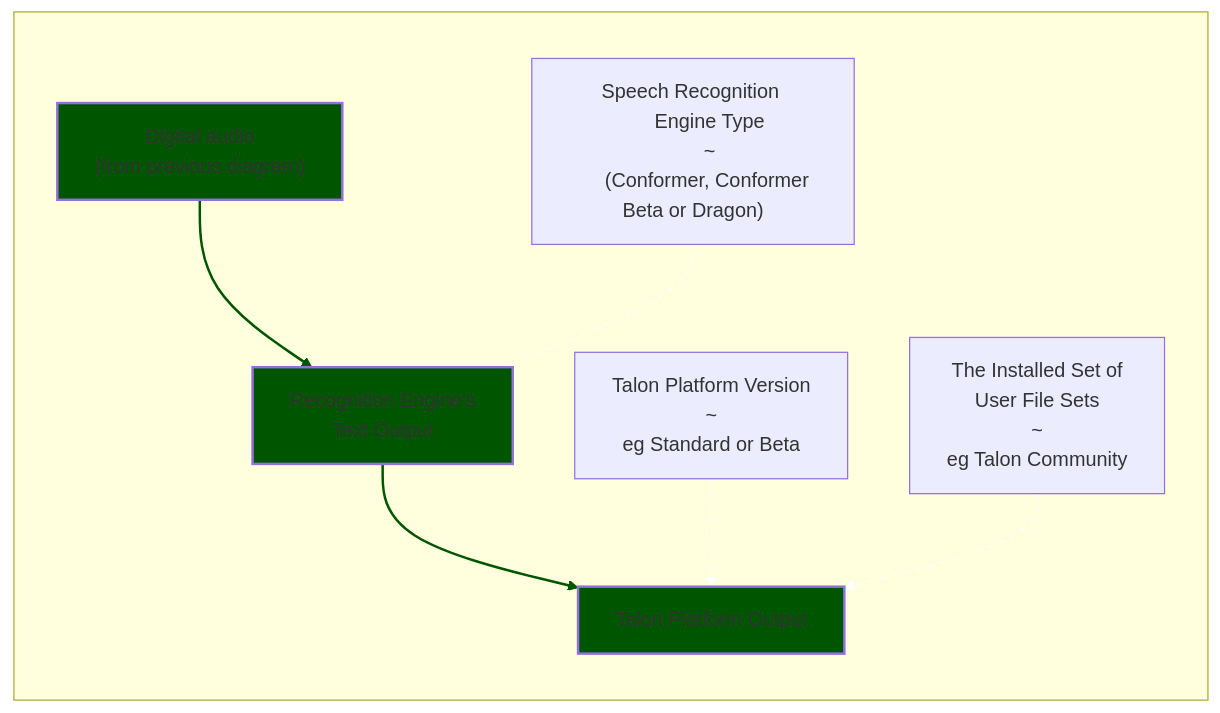
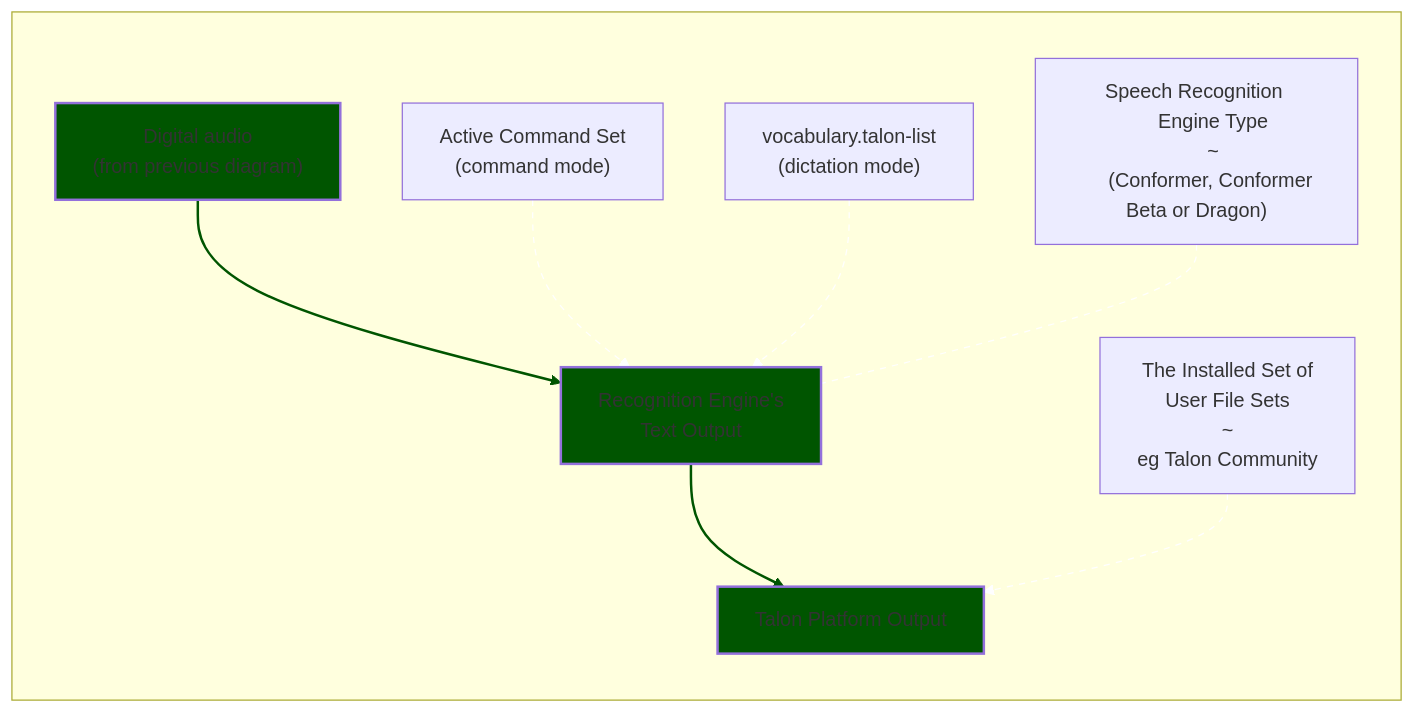
One commit to TalonCommunity/Wiki changed the fourth of 4 diagrams in docs/Resource Hub/Speech Recognition/improving_recognition_accuracy.md. Above: the diagram before and after it, drawn with Mermaid. The commit also changed other lines of this file and 16 other files, not shown here.

````diff
--- a/docs/Resource Hub/Speech Recognition/improving_recognition_accuracy.md
+++ b/docs/Resource Hub/Speech Recognition/improving_recognition_accuracy.md
@@ -257,37 +263,47 @@
 ```mermaid
 flowchart
   subgraph final_stage [" "]
     direction TB
     app_audio["Digital audio
       (from previous diagram)"]
+    %% link id: 0
     app_audio --> text_output
+
+    active_command_set["Active Command Set
+      (command mode)"]
+    %% link id: 1
+    active_command_set --> text_output
+
+    vocabulary["vocabulary.talon-list
+      (dictation mode)"]
+    %% link id: 2
+    vocabulary --> text_output
 
     text_output["Recognition Engine's
       Text Output"]
+    %% link id: 3
     text_output --> talon_output
     
     engine_type["Speech Recognition 
       Engine Type
       ~
       (Conformer, Conformer Beta or Dragon)"]
+    %% link id: 4
     engine_type --- text_output
-
-    talon_platform_version["Talon Platform Version
-      ~
-      eg Standard or Beta"]
-    talon_platform_version --> talon_output
-    talon_output["Talon Platform Output"]
 
     user_file_sets["The Installed Set of
       User File Sets
       ~
       eg Talon Community"]
+    %% link id: 5
     user_file_sets --> talon_output
+    
+    talon_output["Talon Platform Output"]
 
     classDef mainInfoPath fill:#050,stroke-width:2px;
     class app_audio,text_output,talon_output mainInfoPath;
 
-    linkStyle 0,1 stroke:#050,stroke-width:2px,color:red;
-    linkStyle 2,3,4 stroke:#fff,color:black,stroke-dasharray: 5 5;
+    linkStyle 0,3 stroke:#050,stroke-width:2px,color:red;
+    linkStyle 1,2,4,5 stroke:#fff,color:black,stroke-dasharray: 5 5;
   end
 ```
````
